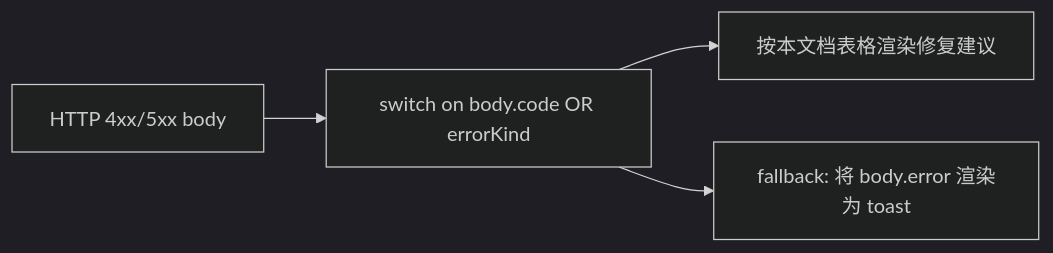
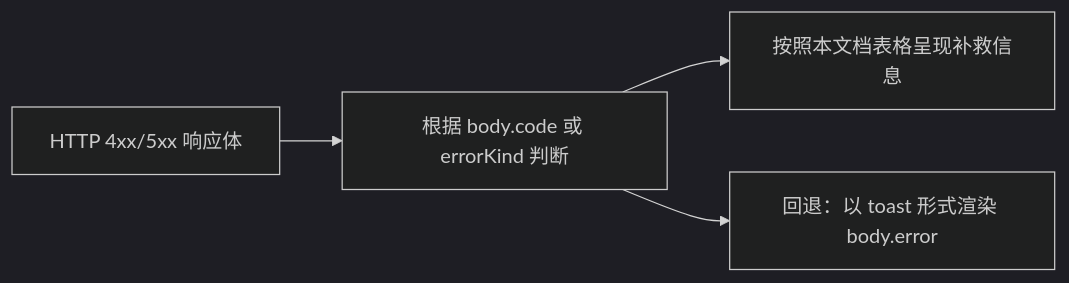
The first of 2 diagrams in website/content/zh/developers/daemon/18-error-taxonomy.md (QwenLM/qwen-code-docs), drawn with Mermaid (dark theme) before and after one commit. The commit also changed other lines of this file and 1077 other files, not shown here.

````diff
--- a/website/content/zh/developers/daemon/18-error-taxonomy.md
+++ b/website/content/zh/developers/daemon/18-error-taxonomy.md
@@ -127,6 +126,6 @@
 ```mermaid
 flowchart LR
-    A[HTTP 4xx/5xx body] --> B["switch on body.code OR errorKind"]
-    B --> C["按本文档表格渲染修复建议"]
-    B --> D["fallback: 将 body.error 渲染为 toast"]
+    A[HTTP 4xx/5xx 响应体] --> B["根据 body.code 或 errorKind 判断"]
+    B --> C["按照本文档表格呈现补救信息"]
+    B --> D["回退：以 toast 形式渲染 body.error"]
 ```
````
